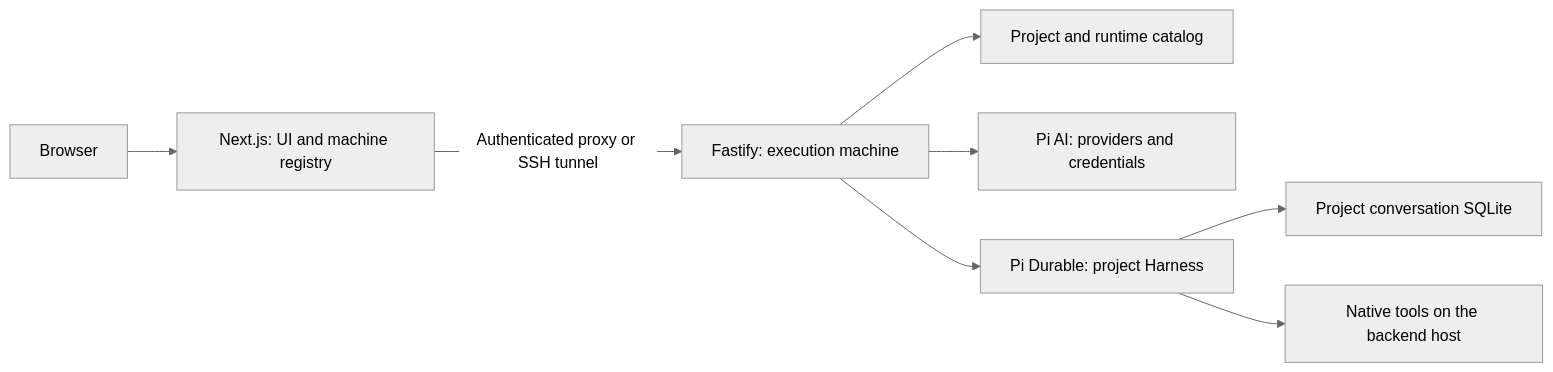
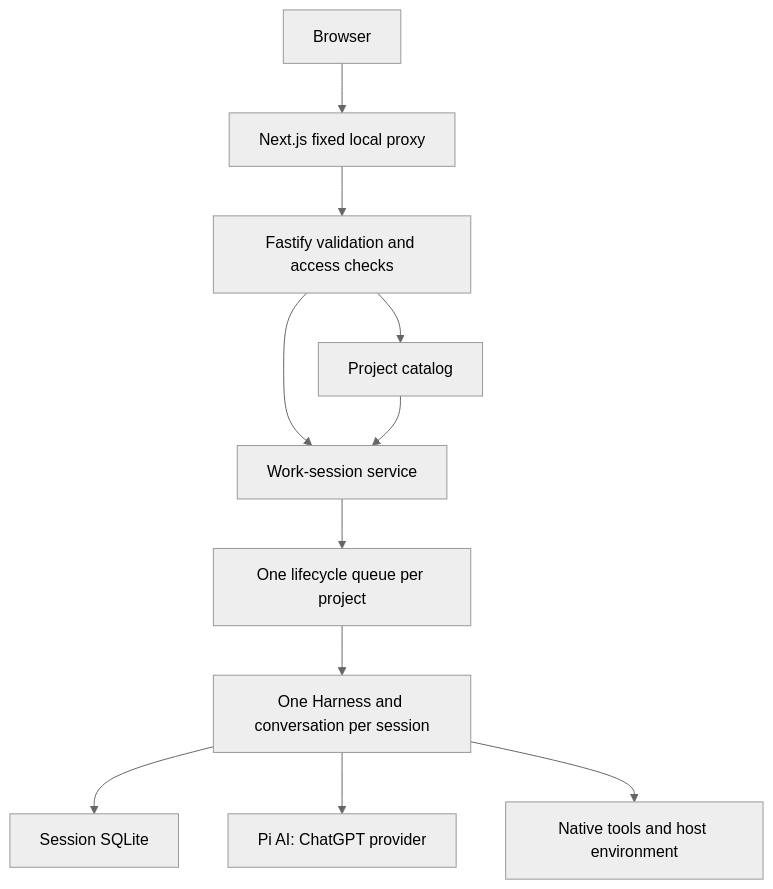
The diagram in docs/architecture.md (HYP3R00T/console), drawn with Mermaid (neutral theme) before and after one commit. The commit also changed other lines of this file and 140 other files, not shown here.

Commit message:
feat: establish self-contained work session MVP

````diff
--- a/docs/architecture.md
+++ b/docs/architecture.md
@@ -11,10 +8,13 @@
 ```mermaid
-flowchart LR
-    Browser[Browser] --> Web[Next.js: UI and machine registry]
-    Web -->|Authenticated proxy or SSH tunnel| API[Fastify: execution machine]
-    API --> Catalog[Project and runtime catalog]
-    API --> Providers[Pi AI: providers and credentials]
-    API --> Harness[Pi Durable: project Harness]
-    Harness --> Storage[Project conversation SQLite]
-    Harness --> Tools[Native tools on the backend host]
+flowchart TD
+    Client[Browser] --> Proxy[Next.js fixed local proxy]
+    Proxy --> HTTP[Fastify validation and access checks]
+    HTTP --> Projects[Project catalog]
+    HTTP --> Sessions[Work-session service]
+    Projects --> Sessions
+    Sessions --> Queue[One lifecycle queue per project]
+    Queue --> Runtime[One Harness and conversation per session]
+    Runtime --> SQLite[Session SQLite]
+    Runtime --> Models[Pi AI: ChatGPT provider]
+    Runtime --> Tools[Native tools and host environment]
 ```
````
